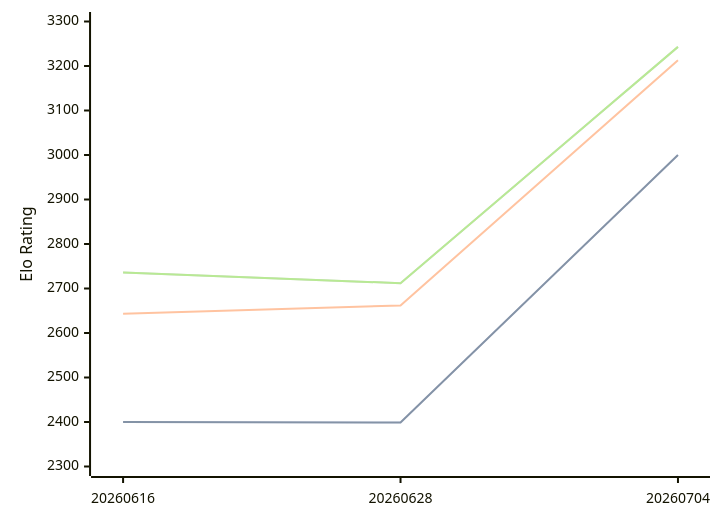
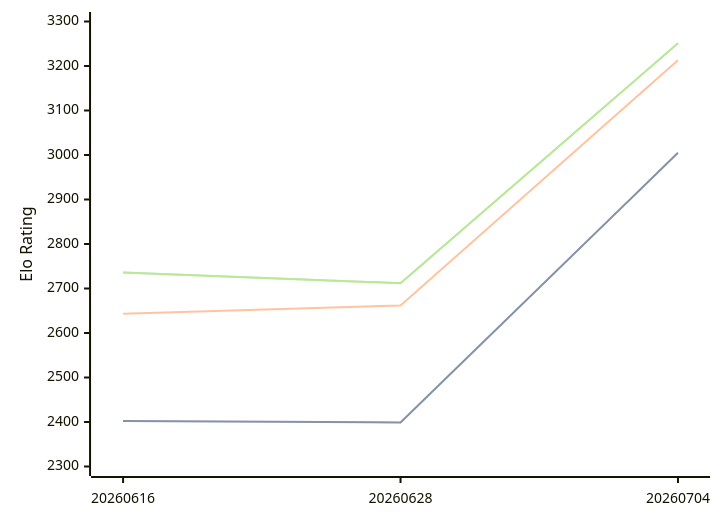
One commit to computer-chess-index/cci changed the first of 3 diagrams in engines/Askaig.md. Above: the diagram before and after it, drawn with Mermaid. The commit also changed other lines of this file, not shown here.

Commit message:
Update CCI Ratings (ELO VLTC) - 2026-07-11

````diff
--- a/engines/Askaig.md
+++ b/engines/Askaig.md
@@ -35,11 +35,11 @@
 ```mermaid
 %%{init: {"theme":"base","themeVariables":{"seriesColors:['#a3a3a3','#222221','#faa371']}}}%%
 xychart-beta
   x-axis ["20260616", "20260628", "20260704"]
   y-axis "Elo Rating" 2300 --> 3300
-  line "STC (8.0+0.08s)" [2400, 2399, 3000]
-  line "STC (8.0+0.08s)" [2400, 2399, 3000]
+  line "STC (8.0+0.08s)" [2402, 2399, 3005]
+  line "STC (8.0+0.08s)" [2402, 2399, 3005]
   line "LTC (60.0+0.60s)" [2643, 2662, 3213]
-  line "VLTC (2m24s+1.12s)" [2736, 2712, 3243]
-  line "VLTC (2m24s+1.12s)" [2736, 2712, 3243]
+  line "VLTC (2m24s+1.12s)" [2736, 2712, 3251]
+  line "VLTC (2m24s+1.12s)" [2736, 2712, 3251]
 ```
````
